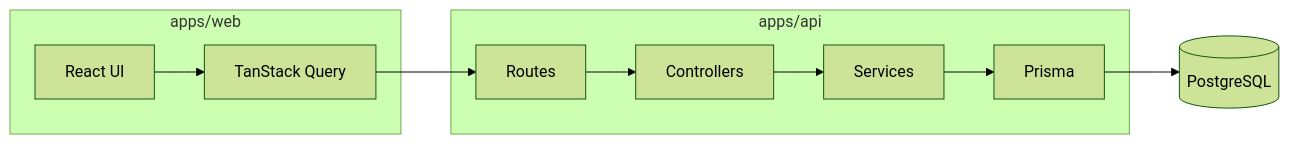
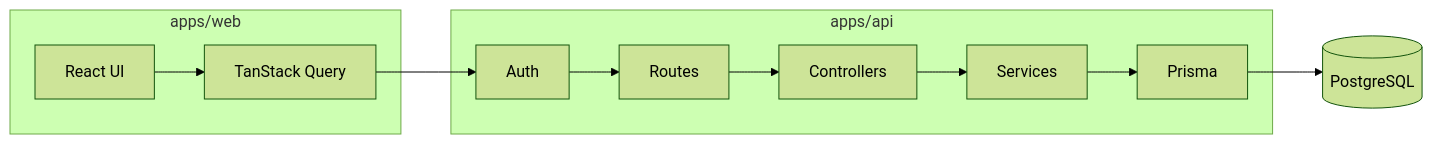
Before and after one commit to MoShahan/remunify: the first of 2 diagrams in docs/architecture.md, drawn with Mermaid (forest theme). The commit also changed other lines of this file and 12 other files, not shown here.

First line of the commit message:
Refactor documentation and schema to reflect locked product assumptions for v1

````diff
--- a/docs/architecture.md
+++ b/docs/architecture.md
@@ -88,15 +89,16 @@
 ```mermaid
 flowchart LR
   subgraph web["apps/web"]
     UI[React UI]
     Q[TanStack Query]
   end
   subgraph api["apps/api"]
+    Auth[Auth]
     R[Routes]
     C[Controllers]
     S[Services]
     P[Prisma]
   end
   DB[(PostgreSQL)]
-  UI --> Q --> R --> C --> S --> P --> DB
+  UI --> Q --> Auth --> R --> C --> S --> P --> DB
 ```
````
